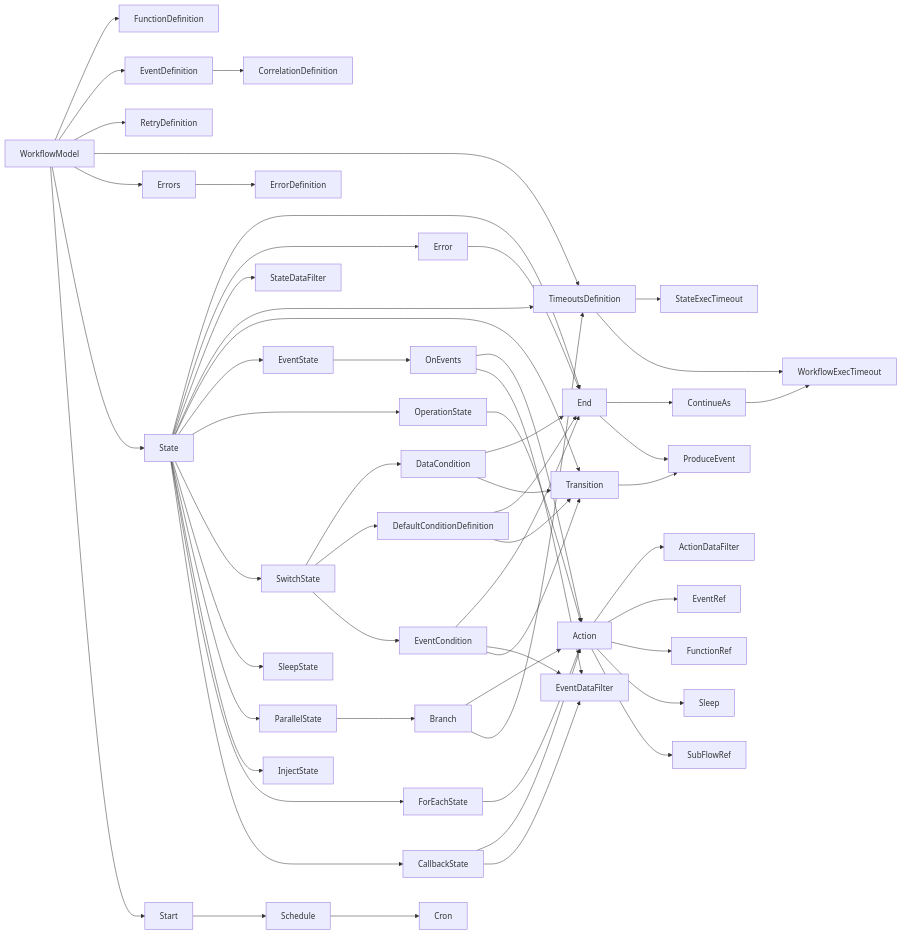
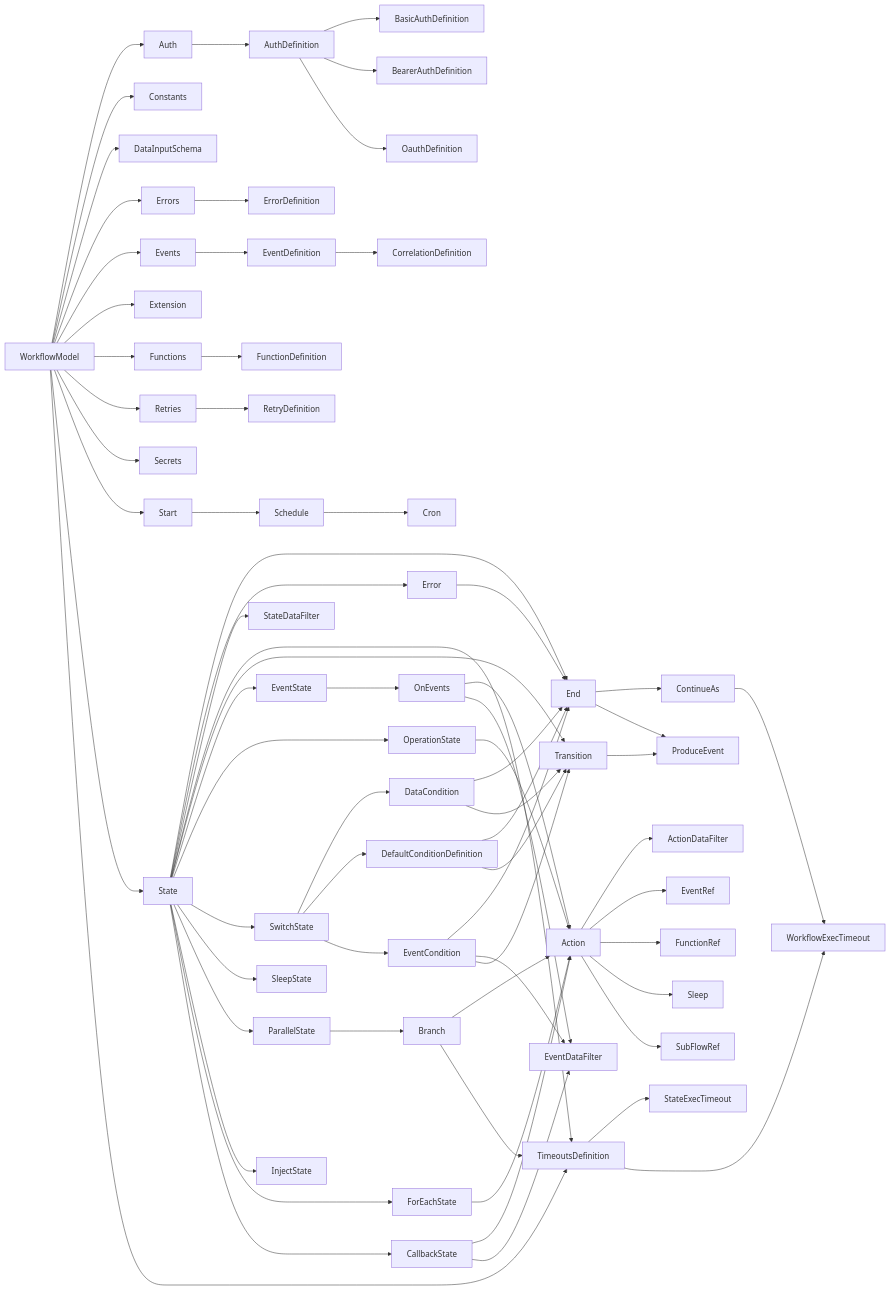
The first of 15 diagrams in diagram.md (hbelmiro/serverless-workflow-validations), drawn with Mermaid before and after one commit. The commit also changed other lines of this file, not shown here.

Commit message:
Updated diagram and validations

````diff
--- a/diagram.md
+++ b/diagram.md
@@ -5,12 +5,29 @@
 ```mermaid
   graph LR
-  WorkflowModel-->FunctionDefinition
-  WorkflowModel-->EventDefinition
-  WorkflowModel-->RetryDefinition
+  WorkflowModel-->Auth
+  WorkflowModel-->Constants
+  WorkflowModel-->DataInputSchema
+  WorkflowModel-->Errors
+  WorkflowModel-->Events
+  WorkflowModel-->Extension
+  WorkflowModel-->Functions
+  WorkflowModel-->Retries
+  WorkflowModel-->Secrets
+  WorkflowModel-->Start
+  WorkflowModel-->State
   WorkflowModel-->TimeoutsDefinition
-  WorkflowModel-->Errors
-  WorkflowModel-->State
-  WorkflowModel-->Start
+  
+  Auth-->AuthDefinition
+  
+  AuthDefinition-->BasicAuthDefinition
+  AuthDefinition-->BearerAuthDefinition
+  AuthDefinition-->OauthDefinition
+ 
+  Functions-->FunctionDefinition
+  
+  Events-->EventDefinition
+  
+  Retries-->RetryDefinition
   
   Start-->Schedule
   
````
